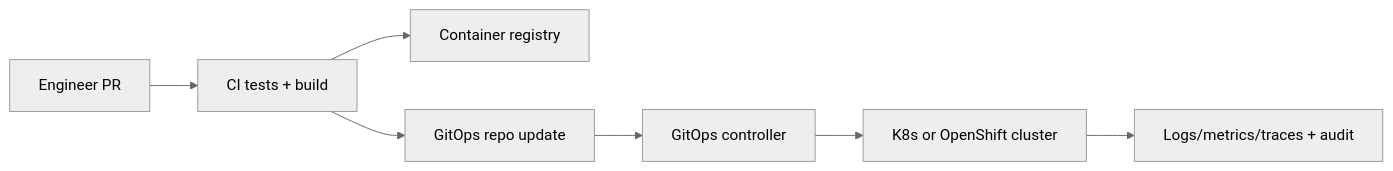
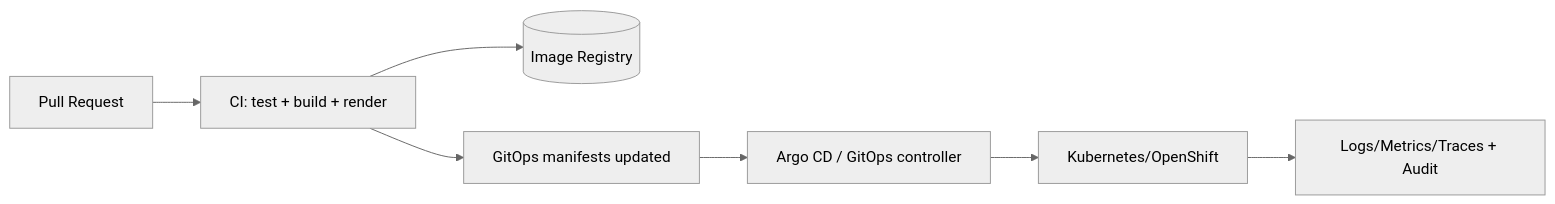
Before and after one commit to bartytime4life/Kansas-Frontier-Matrix: the diagram in infra/README.md, drawn with Mermaid (neutral theme). The commit also changed other lines of this file, not shown here.

````diff
--- a/infra/README.md
+++ b/infra/README.md
@@ -191,9 +230,9 @@
 ```mermaid
 flowchart LR
-  Dev[Engineer PR] --> CI[CI tests + build]
-  CI --> Registry[Container registry]
-  CI --> GitOps[GitOps repo update]
-  GitOps --> Argo[GitOps controller]
-  Argo --> Cluster[K8s or OpenShift cluster]
-  Cluster --> Obs[Logs/metrics/traces + audit]
+  Dev[Pull Request] --> CI[CI: test + build + render]
+  CI --> Reg[(Image Registry)]
+  CI --> Git[GitOps manifests updated]
+  Git --> CD[Argo CD / GitOps controller]
+  CD --> Cluster[Kubernetes/OpenShift]
+  Cluster --> Obs[Logs/Metrics/Traces + Audit]
 ```
````
